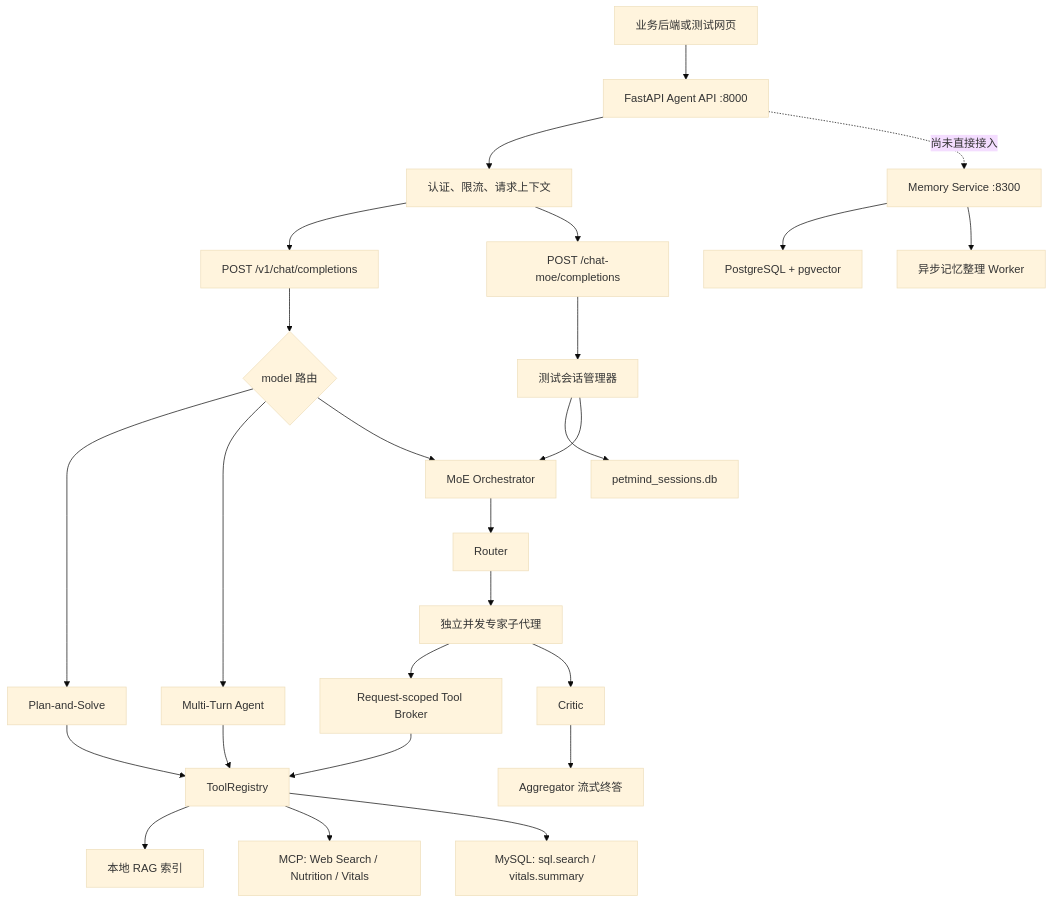
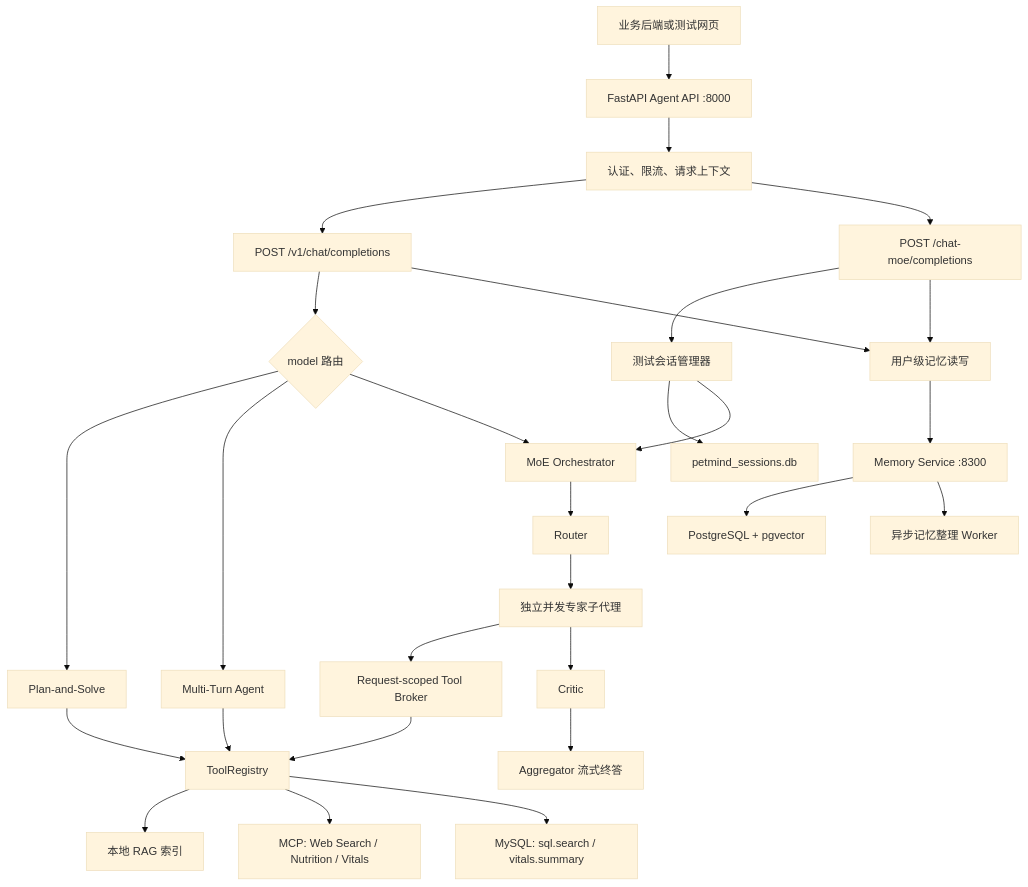
Before and after one commit to GeorgeGuo1215/Animal_detection2: the first of 2 diagrams in agentAndRag/agent.md, drawn with Mermaid (base theme). The commit also changed other lines of this file and 22 other files, not shown here.

Commit message:
feat(memory): complete chat-moe cross-session integration

````diff
--- a/agentAndRag/agent.md
+++ b/agentAndRag/agent.md
@@ -25,32 +25,34 @@
 ```mermaid
 flowchart TD
     CLIENT["业务后端或测试网页"] --> API["FastAPI Agent API :8000"]
     API --> AUTH["认证、限流、请求上下文"]
     AUTH --> OPENAI["POST /v1/chat/completions"]
     AUTH --> CHAT["POST /chat-moe/completions"]
 
     OPENAI --> MODE{"model 路由"}
     MODE --> PLAN["Plan-and-Solve"]
     MODE --> MULTI["Multi-Turn Agent"]
     MODE --> MOE["MoE Orchestrator"]
 
     CHAT --> SESSION["测试会话管理器"]
     SESSION --> SQLITE["petmind_sessions.db"]
     SESSION --> MOE
 
     PLAN --> REGISTRY["ToolRegistry"]
     MULTI --> REGISTRY
     MOE --> ROUTER["Router"]
     ROUTER --> EXPERTS["独立并发专家子代理"]
     EXPERTS --> BROKER["Request-scoped Tool Broker"]
     BROKER --> REGISTRY
     REGISTRY --> RAG["本地 RAG 索引"]
     REGISTRY --> MCP["MCP: Web Search / Nutrition / Vitals"]
     REGISTRY --> SQL["MySQL: sql.search / vitals.summary"]
     EXPERTS --> CRITIC["Critic"]
     CRITIC --> AGG["Aggregator 流式终答"]
 
-    API -. "尚未直接接入" .-> MEMORY["Memory Service :8300"]
+    OPENAI --> MEMCLIENT["用户级记忆读写"]
+    CHAT --> MEMCLIENT
+    MEMCLIENT --> MEMORY["Memory Service :8300"]
     MEMORY --> PG["PostgreSQL + pgvector"]
     MEMORY --> WORKERS["异步记忆整理 Worker"]
 ```
````
